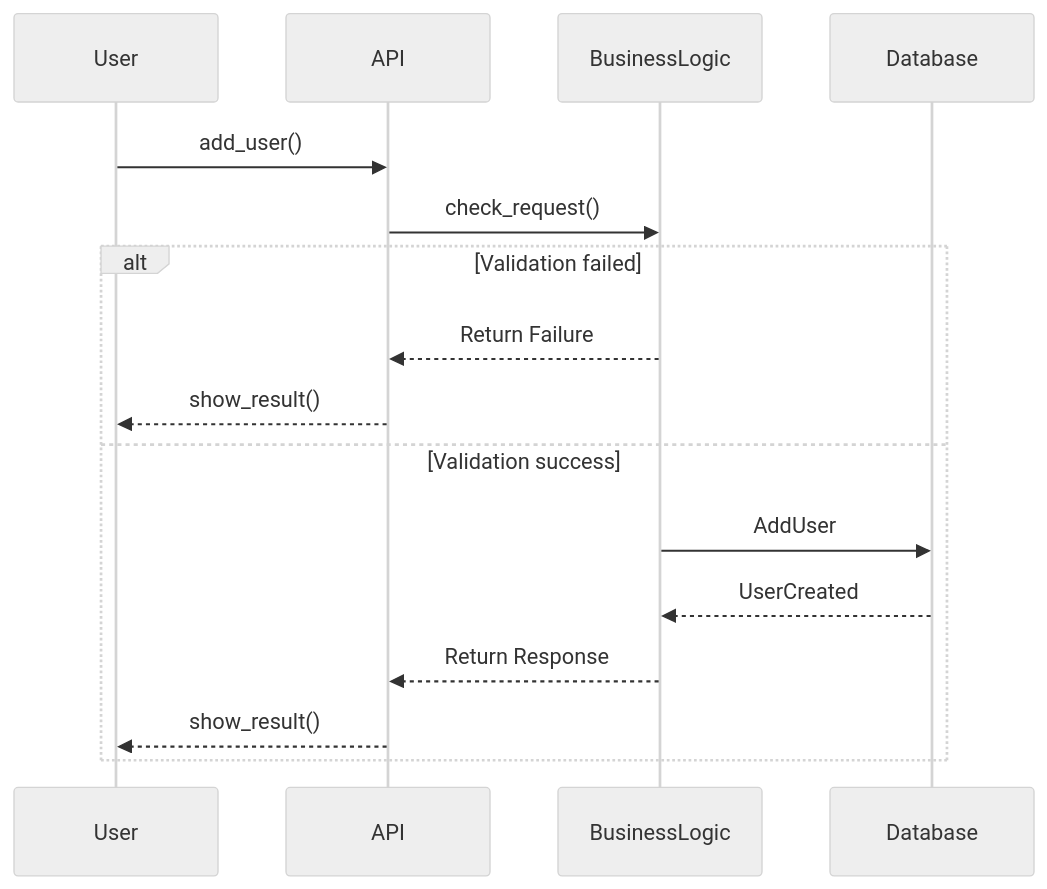
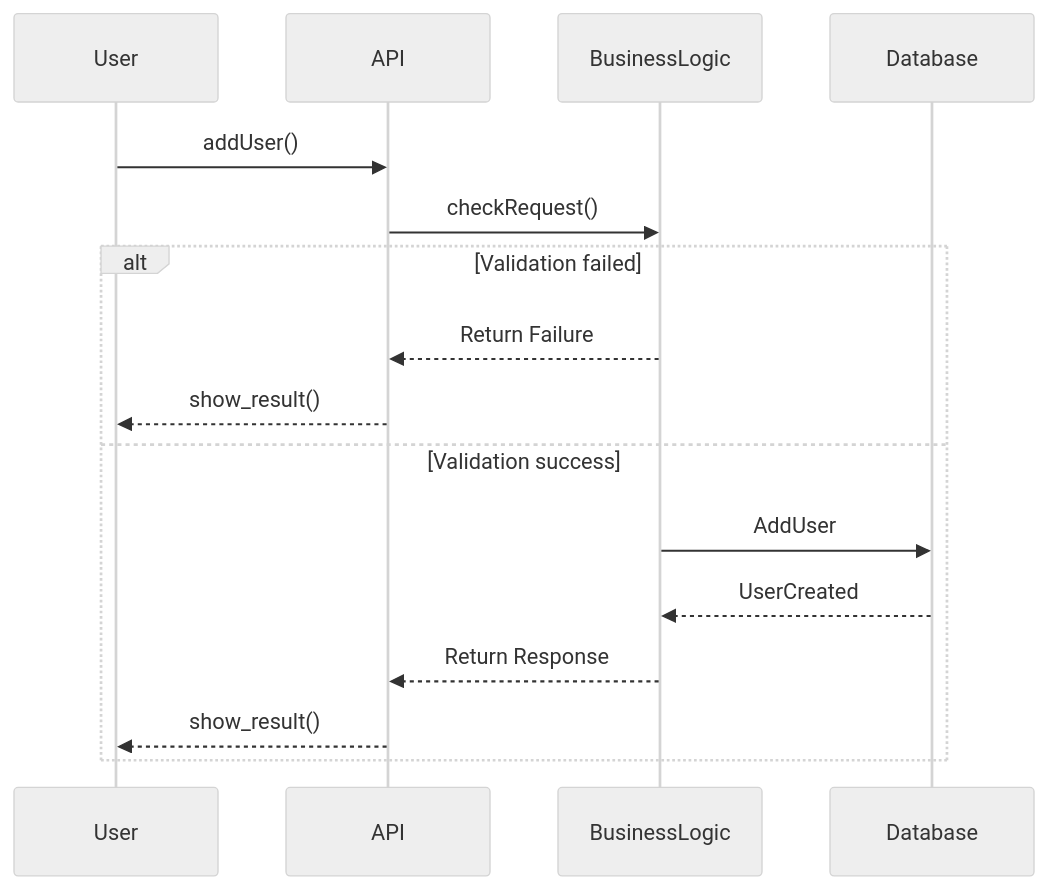
The diagram in part1/sequence_diagrams.mermaid (EnzoMessaoudi/holbertonschool-hbnb), drawn with Mermaid before and after one commit.

Commit message:
Chnage to more explicit names

```diff
--- a/part1/sequence_diagrams.mermaid
+++ b/part1/sequence_diagrams.mermaid
@@ -1,21 +1,20 @@
 %%{ init : { "theme": "neutral" } }%%
 
 sequenceDiagram
 participant User
 participant API
 participant BusinessLogic
 participant Database
 
-User->>API: add_user()
-API->>BusinessLogic: check_request()
-
+User->>API: addUser()
+API->>BusinessLogic: checkRequest()
 
 alt Validation failed
     BusinessLogic-->>API: Return Failure
     API-->>User:show_result()
 else Validation success
     BusinessLogic->>Database: AddUser
     Database-->>BusinessLogic: UserCreated
     BusinessLogic-->>API: Return Response
     API-->>User: show_result()
 end
```
